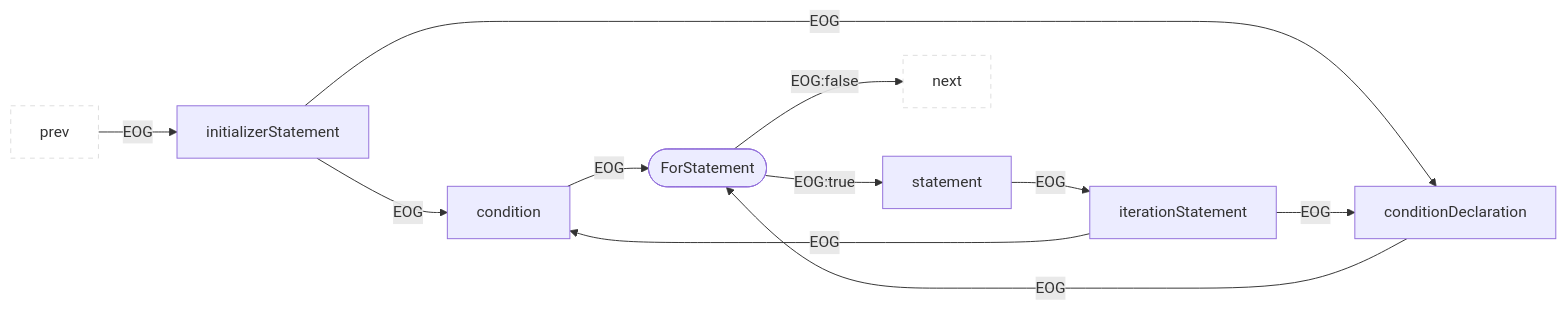
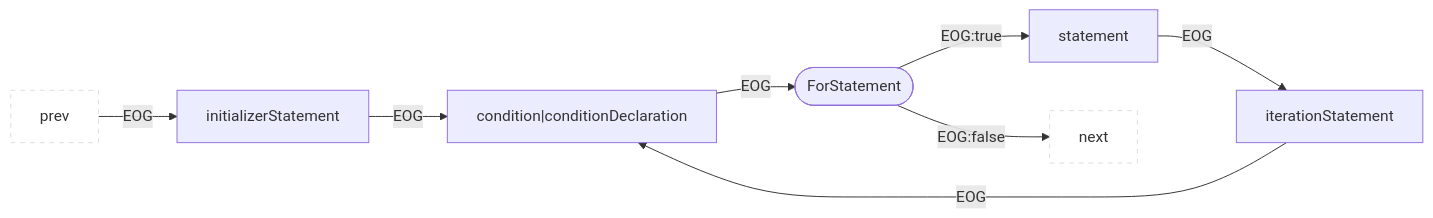
Before and after one commit to Fraunhofer-AISEC/cpg: diagram 33 of 36 in cpg-core/specifications/eog.md, drawn with Mermaid. The commit also changed other lines of this file, not shown here.

````diff
--- a/cpg-core/specifications/eog.md
+++ b/cpg-core/specifications/eog.md
@@ -510,15 +548,12 @@
 ```mermaid
 flowchart LR
   classDef outer fill:#fff,stroke:#ddd,stroke-dasharray:5 5;
   prev:::outer --EOG--> child1["initializerStatement"]
-  child1 --EOG--> child2["condition"]
-  child1 --EOG--> child3["conditionDeclaration"]
+  child1 --EOG--> child2["condition|conditionDeclaration"]
   child2 --EOG--> parent
-  child3 --EOG--> parent
   parent(["ForStatement"]) --EOG:true--> child4["statement"]
   parent --EOG:false--> next:::outer
   child4 --EOG--> child5["iterationStatement"]
   child5 --EOG--> child2
-  child5 --EOG--> child3
 
 ```
````
